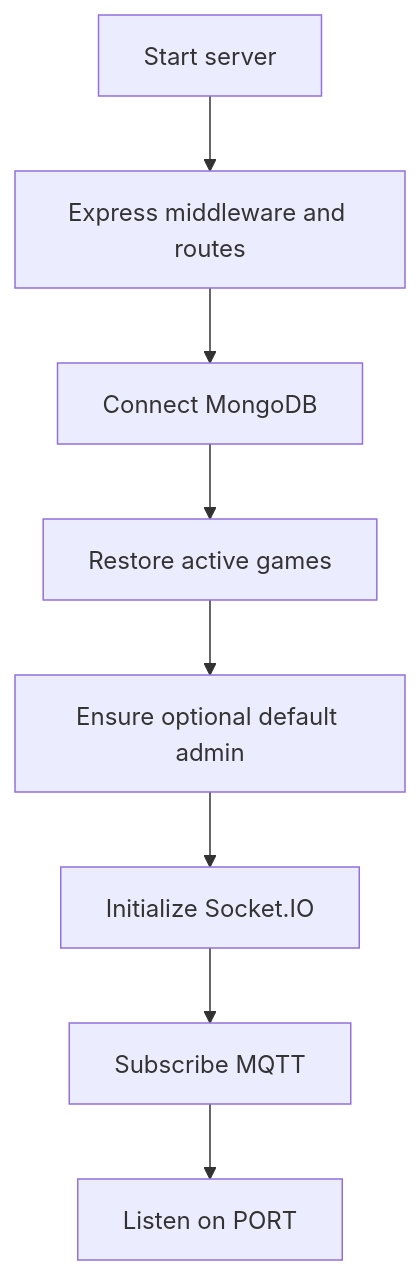
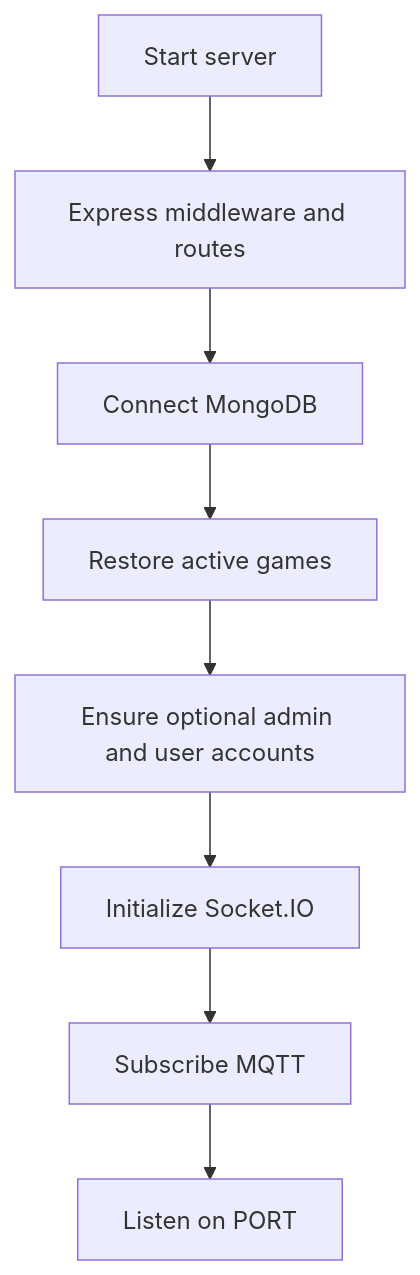
The second of 3 diagrams in docs/01-architecture.md (phong571737/BEChessWeb), drawn with Mermaid before and after one commit. The commit also changed other lines of this file and 34 other files, not shown here.

````diff
--- a/docs/01-architecture.md
+++ b/docs/01-architecture.md
@@ -64,10 +64,10 @@
 ```mermaid
 flowchart TD
     Start[Start server] --> Middleware[Express middleware and routes]
     Middleware --> DB[Connect MongoDB]
     DB --> Restore[Restore active games]
-    Restore --> Admin[Ensure optional default admin]
-    Admin --> Socket[Initialize Socket.IO]
+    Restore --> Accounts[Ensure optional admin and user accounts]
+    Accounts --> Socket[Initialize Socket.IO]
     Socket --> MQTT[Subscribe MQTT]
     MQTT --> Listen[Listen on PORT]
 ```
````
